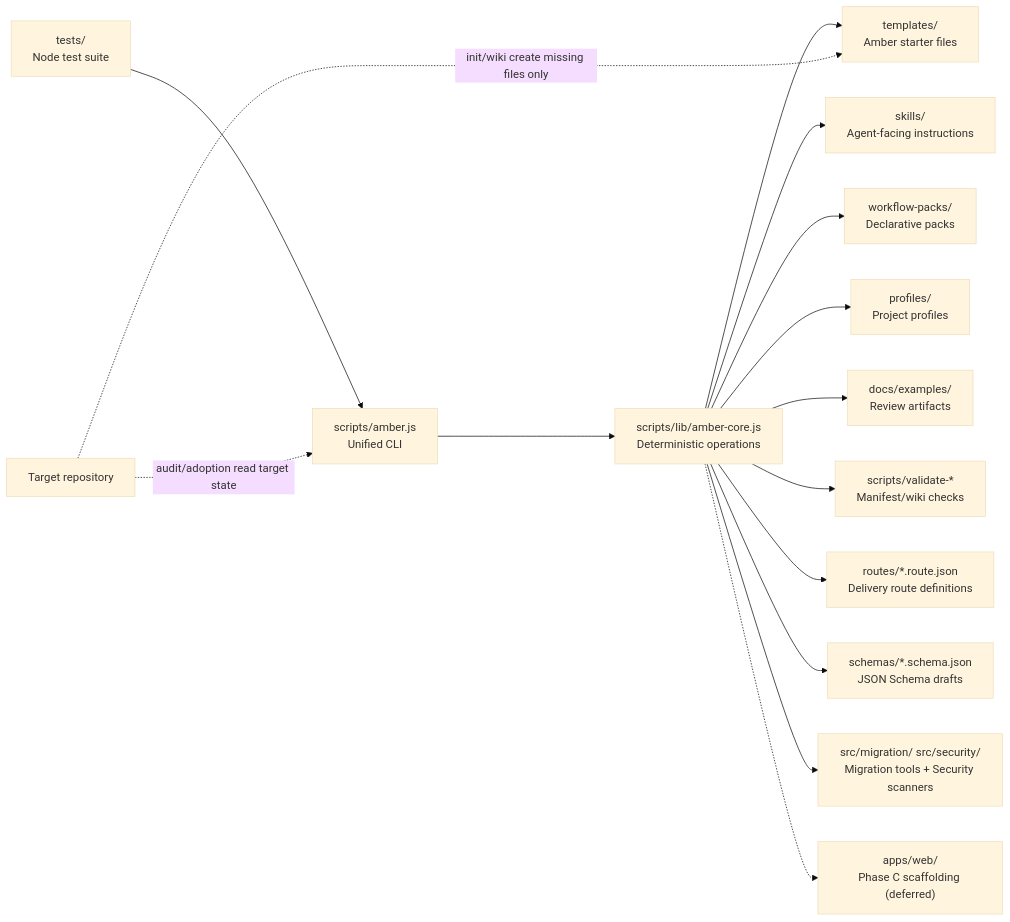
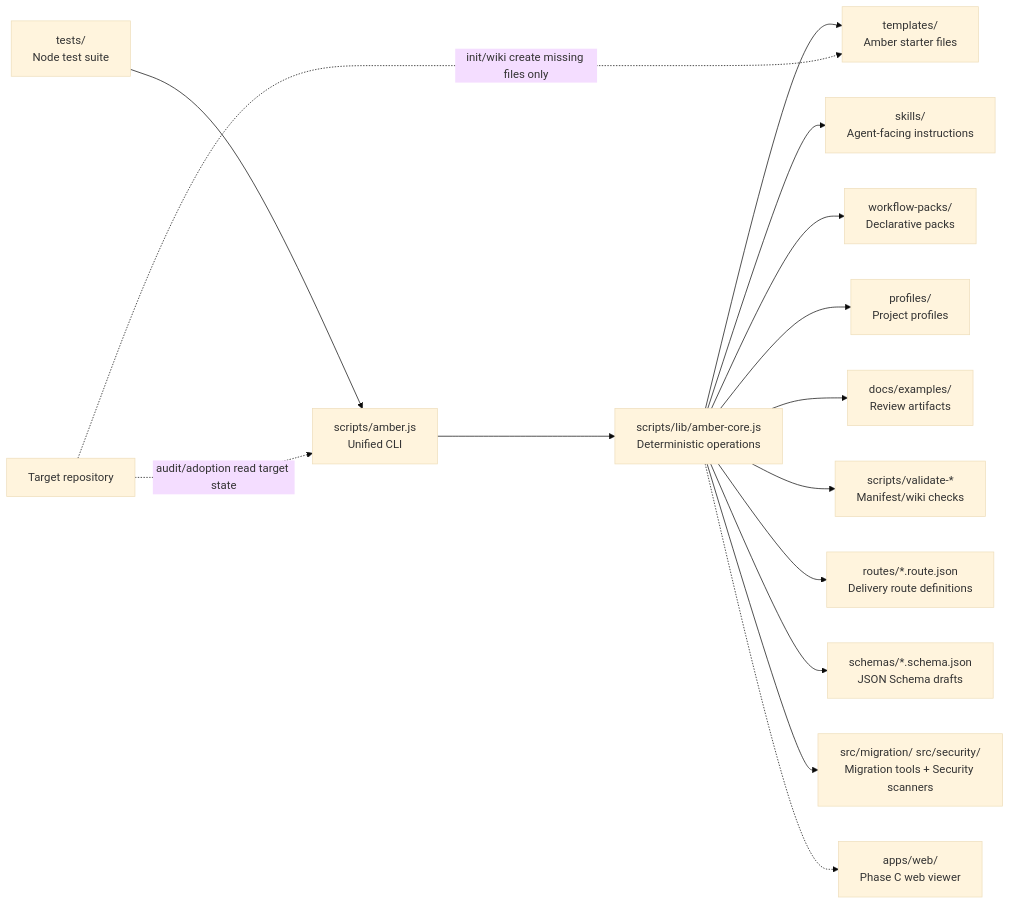
One commit to Bandersnatch0x/amber-protocol changed the diagram in README.md. Above: the diagram before and after it, drawn with Mermaid (base theme). The commit also changed other lines of this file and 64 other files, not shown here.

````diff
--- a/README.md
+++ b/README.md
@@ -67,18 +67,18 @@
 ```mermaid
 flowchart LR
   CLI["scripts/amber.js<br/>Unified CLI"] --> Core["scripts/lib/amber-core.js<br/>Deterministic operations"]
   Core --> Templates["templates/<br/>Amber starter files"]
   Core --> Skills["skills/<br/>Agent-facing instructions"]
   Core --> Packs["workflow-packs/<br/>Declarative packs"]
   Core --> Profiles["profiles/<br/>Project profiles"]
   Core --> Examples["docs/examples/<br/>Review artifacts"]
   Core --> Validators["scripts/validate-*<br/>Manifest/wiki checks"]
   Core --> Routes["routes/*.route.json<br/>Delivery route definitions"]
   Core --> Schemas["schemas/*.schema.json<br/>JSON Schema drafts"]
   Core --> PhaseB["src/migration/ src/security/<br/>Migration tools + Security scanners"]
-  Core -.-> Web["apps/web/<br/>Phase C scaffolding (deferred)"]
+  Core -.-> Web["apps/web/<br/>Phase C web viewer"]
   Tests["tests/<br/>Node test suite"] --> CLI
 
   Target["Target repository"] -. "init/wiki create missing files only" .-> Templates
   Target -. "audit/adoption read target state" .-> CLI
 ```
````
